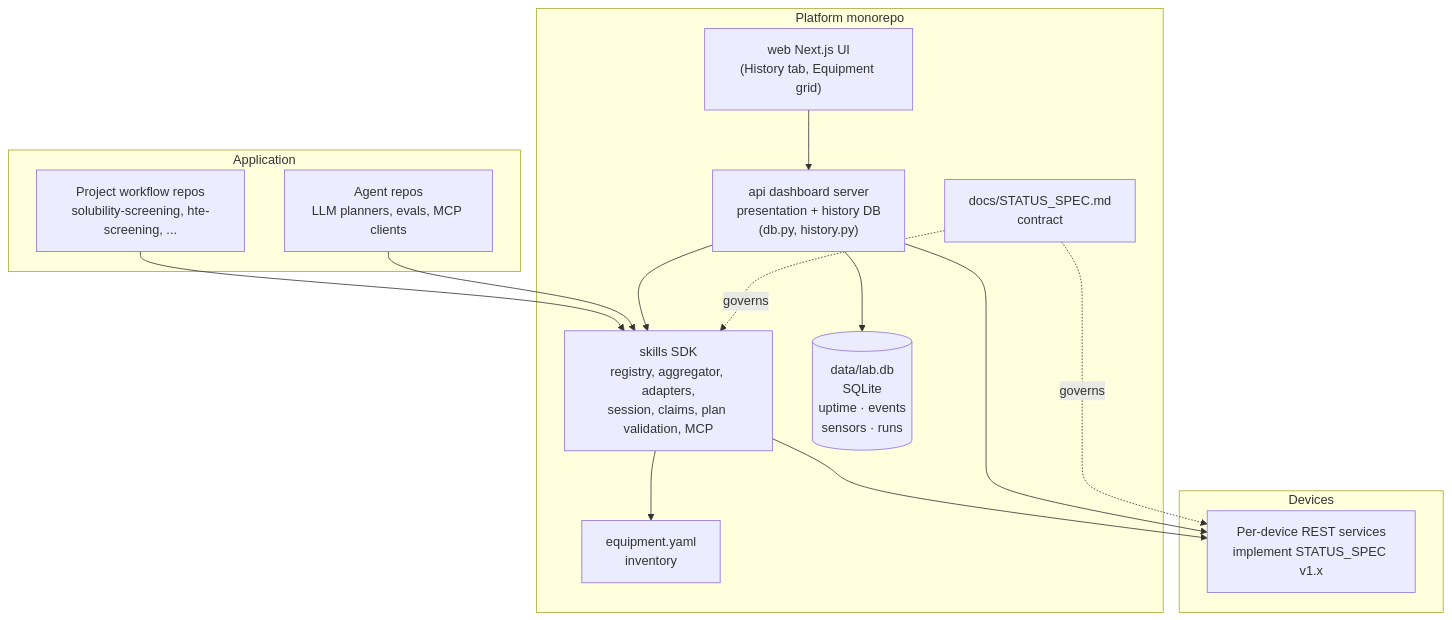
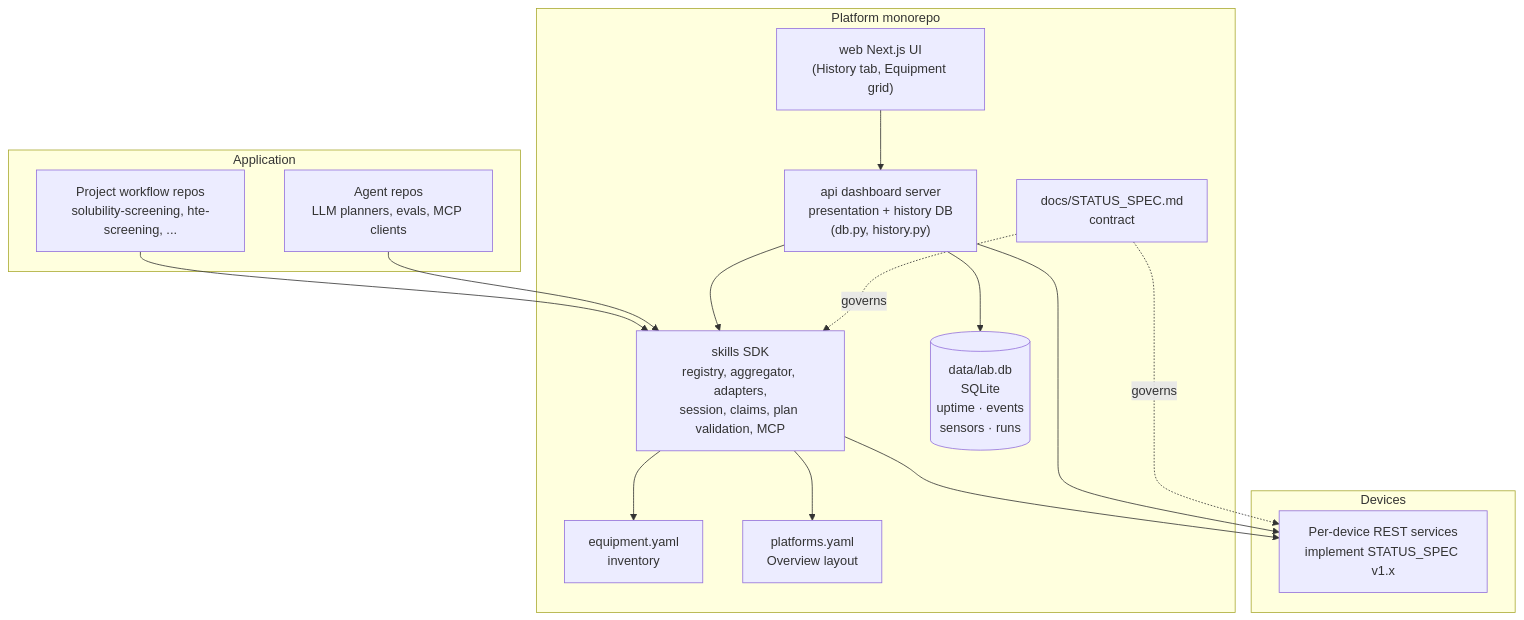
Before and after one commit to AccelerationConsortium/ac-organic-lab: the diagram in docs/ARCHITECTURE.md, drawn with Mermaid. The commit also changed other lines of this file and 13 other files, not shown here.

````diff
--- a/docs/ARCHITECTURE.md
+++ b/docs/ARCHITECTURE.md
@@ -25,31 +26,33 @@
 ```mermaid
 graph TB
     subgraph applayer [Application]
       proj["Project workflow repos<br/>solubility-screening, hte-screening, ..."]
       agents["Agent repos<br/>LLM planners, evals, MCP clients"]
     end
 
     subgraph platform [Platform monorepo]
       skills["skills SDK<br/>registry, aggregator, adapters,<br/>session, claims, plan validation, MCP"]
       api["api dashboard server<br/>presentation + history DB<br/>(db.py, history.py)"]
       db[("data/lab.db<br/>SQLite<br/>uptime · events<br/>sensors · runs")]
       web["web Next.js UI<br/>(History tab, Equipment grid)"]
       yaml["equipment.yaml<br/>inventory"]
+      platforms["platforms.yaml<br/>Overview layout"]
       spec["docs/STATUS_SPEC.md<br/>contract"]
     end
 
     subgraph devicelayer [Devices]
       dev["Per-device REST services<br/>implement STATUS_SPEC v1.x"]
     end
 
     proj --> skills
     agents --> skills
     api --> skills
     web --> api
     skills --> yaml
+    skills --> platforms
     skills --> dev
     api --> dev
     api --> db
     spec -.governs.-> dev
     spec -.governs.-> skills
 ```
````
